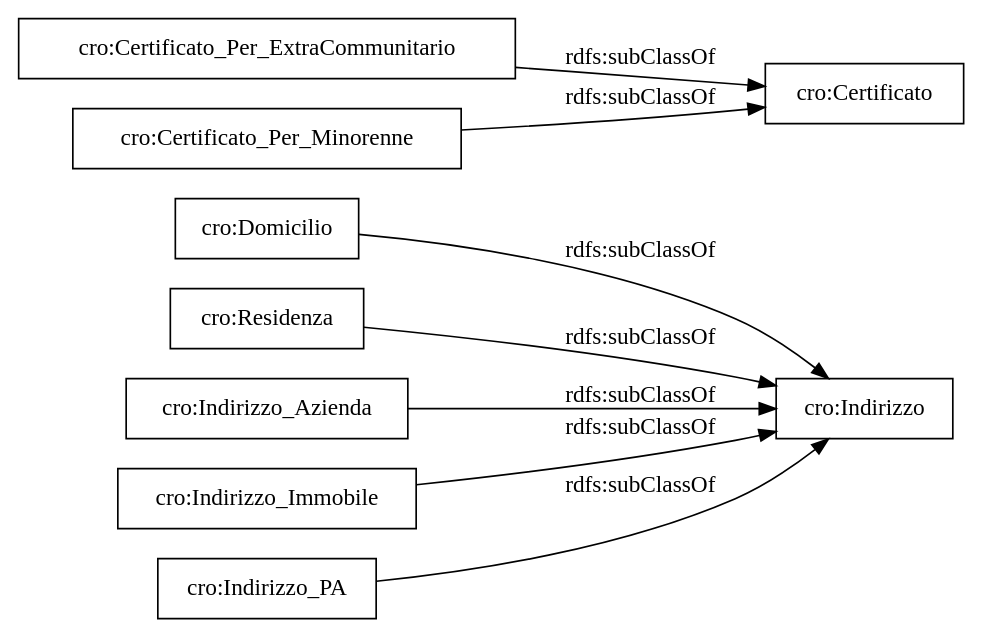
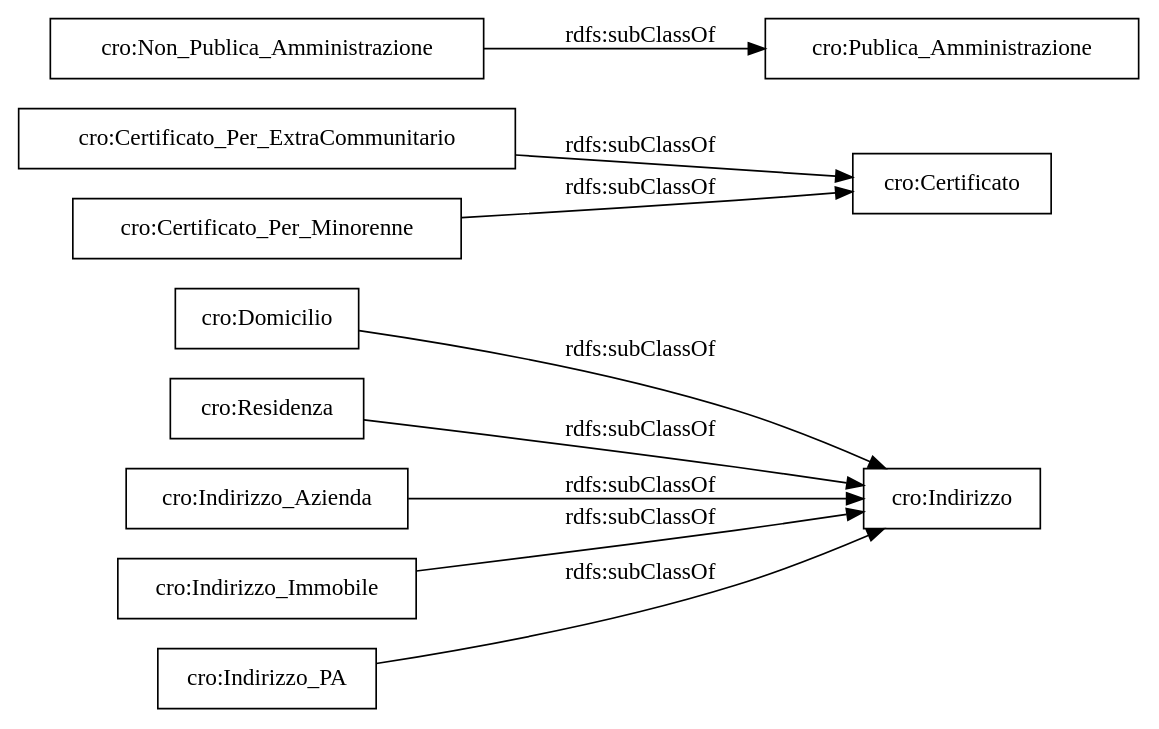
One commit to gcarau/RichiestaCertificati changed the diagram in OnToology/CertificateRequest.ttl/diagrams/ar2dtool-taxonomy/CertificateRequest.ttl.png.dot. Above: the diagram before and after it, drawn with Graphviz. The commit also changed 12 other files, not shown here.

```diff
--- a/OnToology/CertificateRequest.ttl/diagrams/ar2dtool-taxonomy/CertificateRequest.ttl.png.dot
+++ b/OnToology/CertificateRequest.ttl/diagrams/ar2dtool-taxonomy/CertificateRequest.ttl.png.dot
@@ -1,13 +1,14 @@
 digraph ar2dtool_diagram { 
 rankdir=LR;
 size="1000"
-node [shape = rectangle, color="black"]; "cro:Domicilio" "cro:Certificato" "cro:Residenza" "cro:Certificato_Per_ExtraCommunitario" "cro:Indirizzo_Azienda" "cro:Indirizzo_Immobile" "cro:Certificato_Per_Minorenne" "cro:Indirizzo" "cro:Indirizzo_PA" ; /*classes style*/
+node [shape = rectangle, color="black"]; "cro:Domicilio" "cro:Certificato" "cro:Residenza" "cro:Certificato_Per_ExtraCommunitario" "cro:Non_Publica_Amministrazione" "cro:Indirizzo_Azienda" "cro:Indirizzo_Immobile" "cro:Certificato_Per_Minorenne" "cro:Indirizzo" "cro:Indirizzo_PA" "cro:Publica_Amministrazione" ; /*classes style*/
+	"cro:Non_Publica_Amministrazione" -> "cro:Publica_Amministrazione" [ label = "rdfs:subClassOf" ];
 	"cro:Certificato_Per_Minorenne" -> "cro:Certificato" [ label = "rdfs:subClassOf" ];
 	"cro:Indirizzo_Azienda" -> "cro:Indirizzo" [ label = "rdfs:subClassOf" ];
 	"cro:Certificato_Per_ExtraCommunitario" -> "cro:Certificato" [ label = "rdfs:subClassOf" ];
 	"cro:Residenza" -> "cro:Indirizzo" [ label = "rdfs:subClassOf" ];
 	"cro:Domicilio" -> "cro:Indirizzo" [ label = "rdfs:subClassOf" ];
 	"cro:Indirizzo_PA" -> "cro:Indirizzo" [ label = "rdfs:subClassOf" ];
 	"cro:Indirizzo_Immobile" -> "cro:Indirizzo" [ label = "rdfs:subClassOf" ];
 
 }
```
